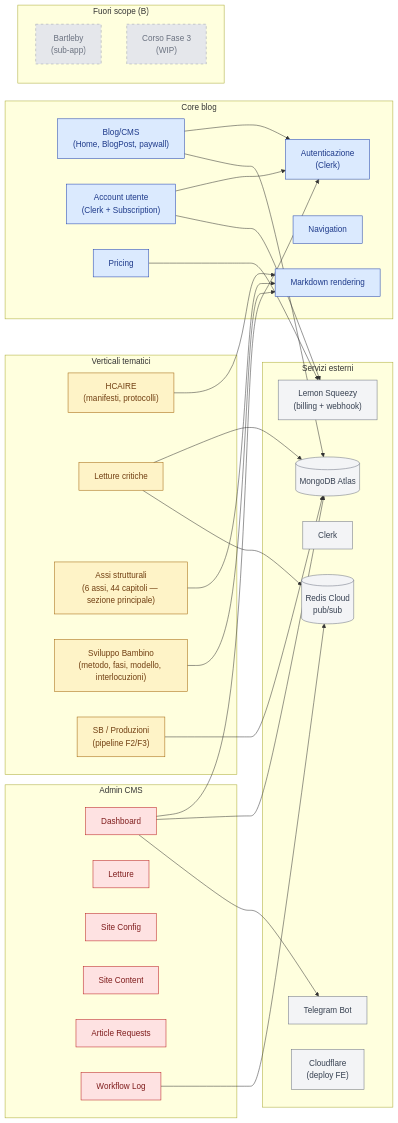
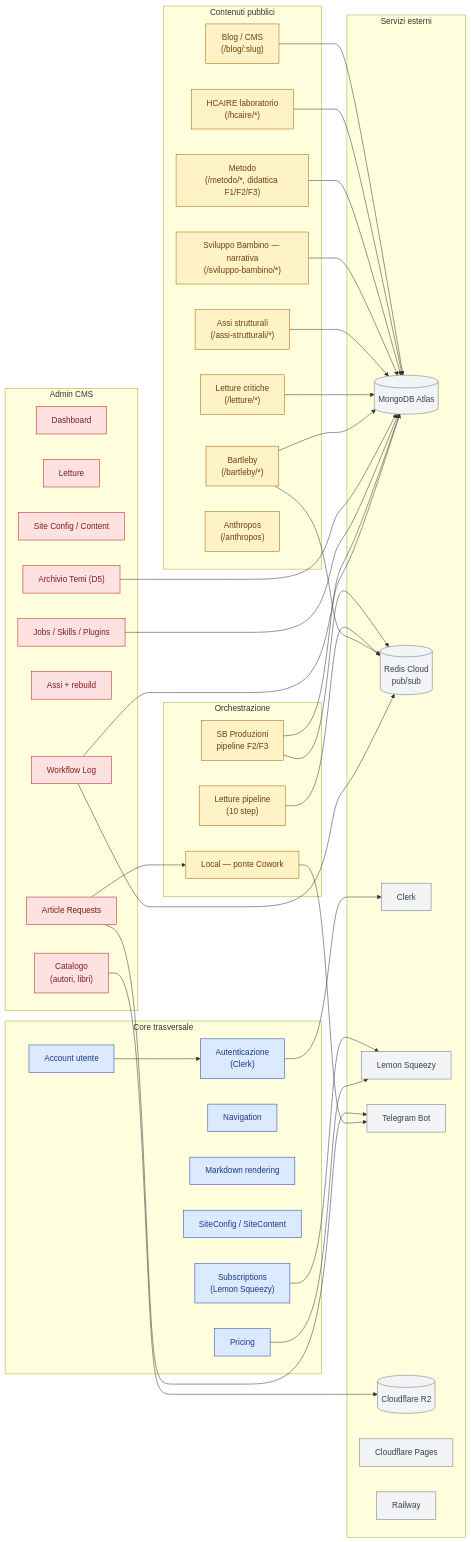
One commit to stfnbssl/hcaire-docs changed the diagram in docs/00-overview/mappa-moduli.md. Above: the diagram before and after it, drawn with Mermaid. The commit also changed other lines of this file and 46 other files, not shown here.

````diff
--- a/docs/00-overview/mappa-moduli.md
+++ b/docs/00-overview/mappa-moduli.md
@@ -13,61 +13,80 @@
   classDef vertical fill:#fef3c7,stroke:#a16207,color:#713f12
   classDef admin fill:#fee2e2,stroke:#b91c1c,color:#7f1d1d
   classDef external fill:#f3f4f6,stroke:#6b7280,color:#374151
-  classDef oos fill:#e5e7eb,stroke:#9ca3af,color:#6b7280,stroke-dasharray: 5 5
 
-  subgraph CORE["Core blog"]
-    Blog["Blog/CMS<br/>(Home, BlogPost, paywall)"]:::core
+  subgraph CORE["Core trasversale"]
     Auth["Autenticazione<br/>(Clerk)"]:::core
     Nav["Navigation"]:::core
     Markdown["Markdown rendering"]:::core
-    Account["Account utente<br/>(Clerk + Subscription)"]:::core
+    SiteCfg["SiteConfig / SiteContent"]:::core
+    Account["Account utente"]:::core
     Pricing["Pricing"]:::core
+    Subs["Subscriptions<br/>(Lemon Squeezy)"]:::core
   end
 
-  subgraph VERT["Verticali tematici"]
-    HCAIRE["HCAIRE<br/>(manifesti, protocolli)"]:::vertical
-    Letture["Letture critiche"]:::vertical
-    Assi["Assi strutturali<br/>(6 assi, 44 capitoli — sezione principale)"]:::vertical
-    SB["Sviluppo Bambino<br/>(metodo, fasi, modello, interlocuzioni)"]:::vertical
-    SBProd["SB / Produzioni<br/>(pipeline F2/F3)"]:::vertical
+  subgraph CONTENT["Contenuti pubblici"]
+    Blog["Blog / CMS<br/>(/blog/:slug)"]:::vertical
+    HCAIRE["HCAIRE laboratorio<br/>(/hcaire/*)"]:::vertical
+    Metodo["Metodo<br/>(/metodo/*, didattica F1/F2/F3)"]:::vertical
+    SBNar["Sviluppo Bambino — narrativa<br/>(/sviluppo-bambino/*)"]:::vertical
+    Assi["Assi strutturali<br/>(/assi-strutturali/*)"]:::vertical
+    Letture["Letture critiche<br/>(/letture/*)"]:::vertical
+    Bartleby["Bartleby<br/>(/bartleby/*)"]:::vertical
+    Anthropos["Anthropos<br/>(/anthropos)"]:::vertical
+  end
+
+  subgraph PIPELINE["Orchestrazione"]
+    SBProd["SB Produzioni<br/>pipeline F2/F3"]:::vertical
+    LettPip["Letture pipeline<br/>(10 step)"]:::vertical
+    Cowork["Local — ponte Cowork"]:::vertical
   end
 
   subgraph ADMIN["Admin CMS"]
     AdminDash["Dashboard"]:::admin
-    AdminLetture["Letture"]:::admin
-    AdminSiteConfig["Site Config"]:::admin
-    AdminSiteContent["Site Content"]:::admin
-    AdminRequests["Article Requests"]:::admin
+    AdminLet["Letture"]:::admin
+    AdminCfg["Site Config / Content"]:::admin
+    AdminReq["Article Requests"]:::admin
     Workflow["Workflow Log"]:::admin
+    AdminAssi["Assi + rebuild"]:::admin
+    AdminCat["Catalogo<br/>(autori, libri)"]:::admin
+    AdminArch["Archivio Temi (D5)"]:::admin
+    AdminJobs["Jobs / Skills / Plugins"]:::admin
   end
 
   subgraph EXT["Servizi esterni"]
     Mongo[("MongoDB Atlas")]:::external
     Redis[("Redis Cloud<br/>pub/sub")]:::external
     Clerk2["Clerk"]:::external
-    LS["Lemon Squeezy<br/>(billing + webhook)"]:::external
+    LS["Lemon Squeezy"]:::external
     Telegram["Telegram Bot"]:::external
-    CF["Cloudflare<br/>(deploy FE)"]:::external
+    R2[("Cloudflare R2")]:::external
+    CFPages["Cloudflare Pages"]:::external
+    Railway["Railway"]:::external
   end
 
-  subgraph OOS["Fuori scope (B)"]
-    Bartleby["Bartleby<br/>(sub-app)"]:::oos
-    CF3["Corso Fase 3<br/>(WIP)"]:::oos
-  end
+  Auth --> Clerk2
+  Subs --> LS
+  Account --> Auth
+  Pricing --> LS
+  Blog --> Mongo
+  HCAIRE --> Mongo
+  Metodo --> Mongo
+  SBNar --> Mongo
+  Assi --> Mongo
+  Letture --> Mongo
+  Bartleby --> Mongo
+  AdminCat --> R2
+  AdminArch --> Mongo
+  AdminJobs --> Mongo
 
-  Blog --> Auth
-  Blog --> Mongo
-  Account --> Auth
-  Account --> LS
-  Pricing --> LS
-  HCAIRE --> Markdown
-  Letture --> Mongo
-  Letture --> Redis
-  Assi --> Markdown
-  SB --> Markdown
   SBProd --> Mongo
-  AdminDash --> Auth
-  AdminDash --> Mongo
+  SBProd --> Redis
+  LettPip --> Redis
+  Bartleby --> Redis
+  AdminReq --> Telegram
+  AdminReq --> Cowork
+  Cowork --> Telegram
+
+  Workflow --> Mongo
   Workflow --> Redis
-  AdminDash --> Telegram
 ```
````
